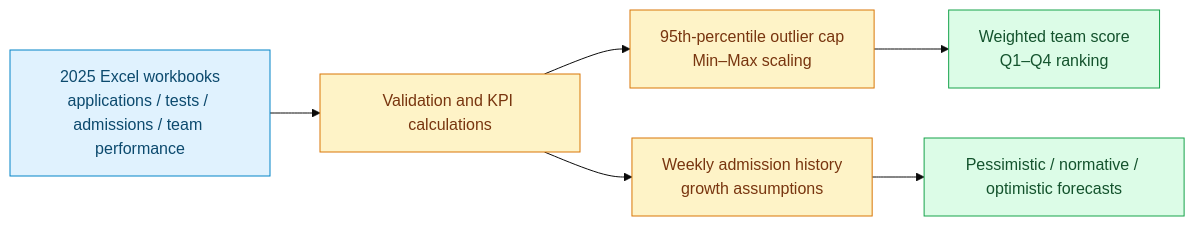
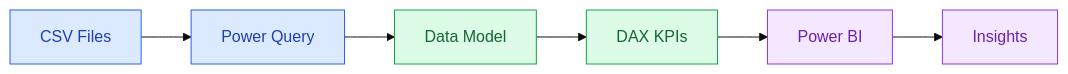
The first of 3 diagrams in README.md (PRIYANKALENKA07/GITAM-Admissions-Analytics), drawn with Mermaid (base theme) before and after one commit. The commit also changed other lines of this file, not shown here.

````diff
--- a/README.md
+++ b/README.md
@@ -87,14 +103,16 @@
 ```mermaid
 flowchart LR
-    A["2025 Excel workbooks<br/>applications / tests / admissions / team performance"] --> B["Validation and KPI calculations"]
-    B --> C["95th-percentile outlier cap<br/>Min–Max scaling"]
-    C --> D["Weighted team score<br/>Q1–Q4 ranking"]
-    B --> E["Weekly admission history<br/>growth assumptions"]
-    E --> F["Pessimistic / normative / optimistic forecasts"]
-    classDef inputs fill:#e0f2fe,stroke:#0284c7,color:#0c4a6e;
-    classDef process fill:#fef3c7,stroke:#d97706,color:#78350f;
-    classDef outputs fill:#dcfce7,stroke:#16a34a,color:#14532d;
-    class A inputs;
-    class B,C,E process;
-    class D,F outputs;
+    A["CSV Files"] --> B["Power Query"]
+    B --> C["Data Model"]
+    C --> D["DAX KPIs"]
+    D --> E["Power BI"]
+    E --> F["Insights"]
+
+    classDef blue fill:#DBEAFE,stroke:#2563EB,color:#1E40AF
+    classDef green fill:#DCFCE7,stroke:#16A34A,color:#166534
+    classDef purple fill:#F3E8FF,stroke:#9333EA,color:#6B21A8
+
+    class A,B blue
+    class C,D green
+    class E,F purple
 ```
````
